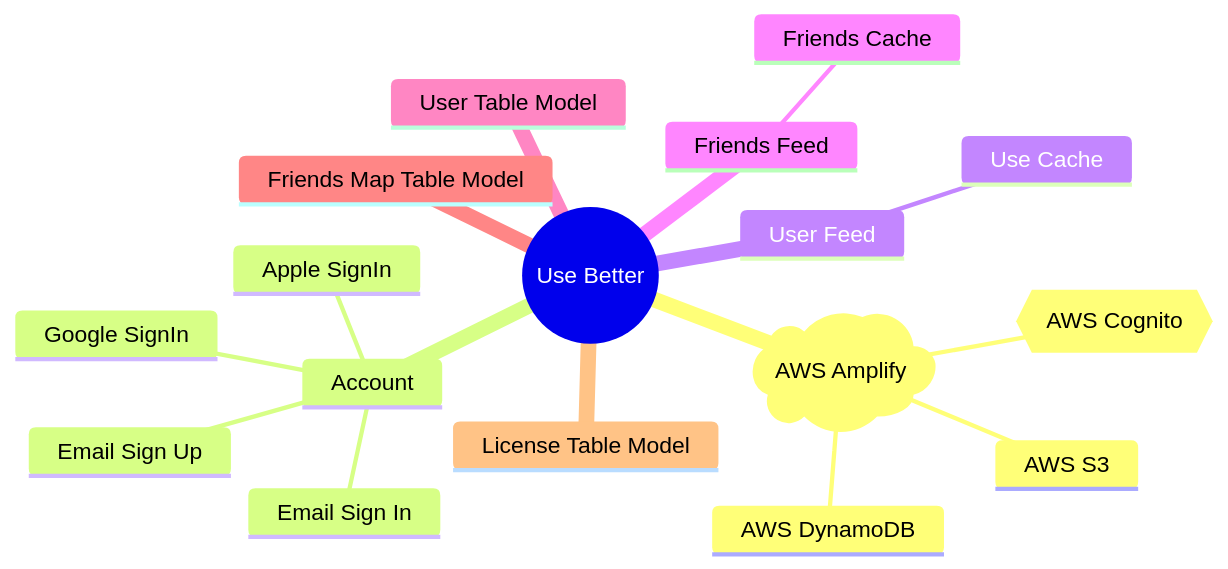
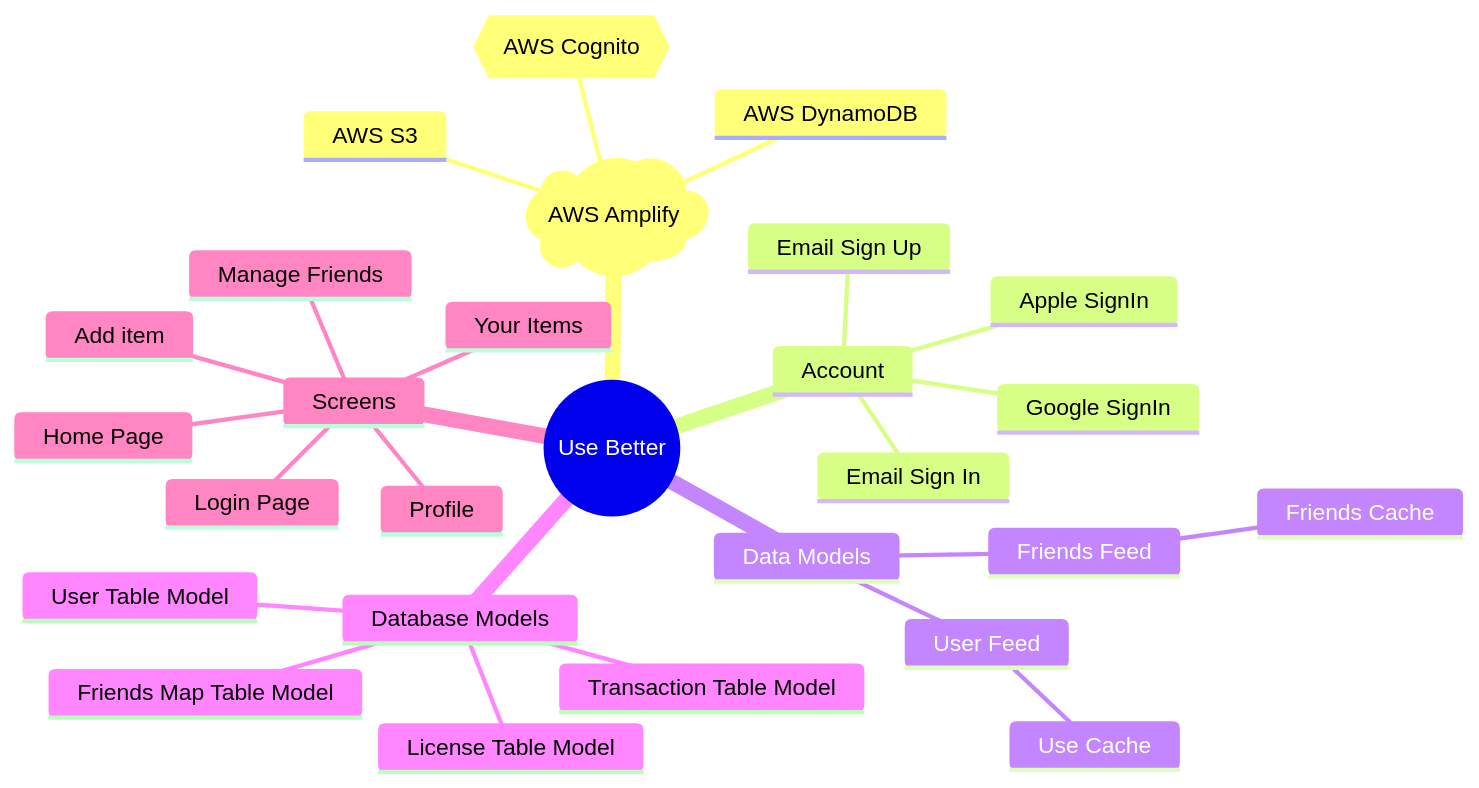
One commit to usebetter/usebetter.github.io changed the first of 4 diagrams in architecture.md. Above: the diagram before and after it, drawn with Mermaid. The commit also changed other lines of this file, not shown here.

Commit message:
updated architecture

````diff
--- a/architecture.md
+++ b/architecture.md
@@ -9,25 +9,35 @@
 ```mermaid
 mindmap
     ((Use Better))
     ::icon(fa fa-mobile)
         )AWS Amplify(
         ::icon(fa fa-sync)
             AWS S3
             AWS DynamoDB
             aws_cognito{{AWS Cognito}}
         Account
         ::icon(fa fa-user)
             Email Sign In
             Email Sign Up
             Google SignIn
             Apple SignIn
-        User Feed
-            Use Cache
-        Friends Feed
-            Friends Cache
-        User Table Model
-        Friends Map Table Model
-        License Table Model
+        Data Models
+            User Feed
+                Use Cache
+            Friends Feed
+                Friends Cache
+        Database Models
+            User Table Model
+            Friends Map Table Model
+            Transaction Table Model
+            License Table Model
 
+        Screens
+            Login Page
+            Home Page
+            Add item
+            Your Items
+            Profile
+            Manage Friends
 
 ```
````
